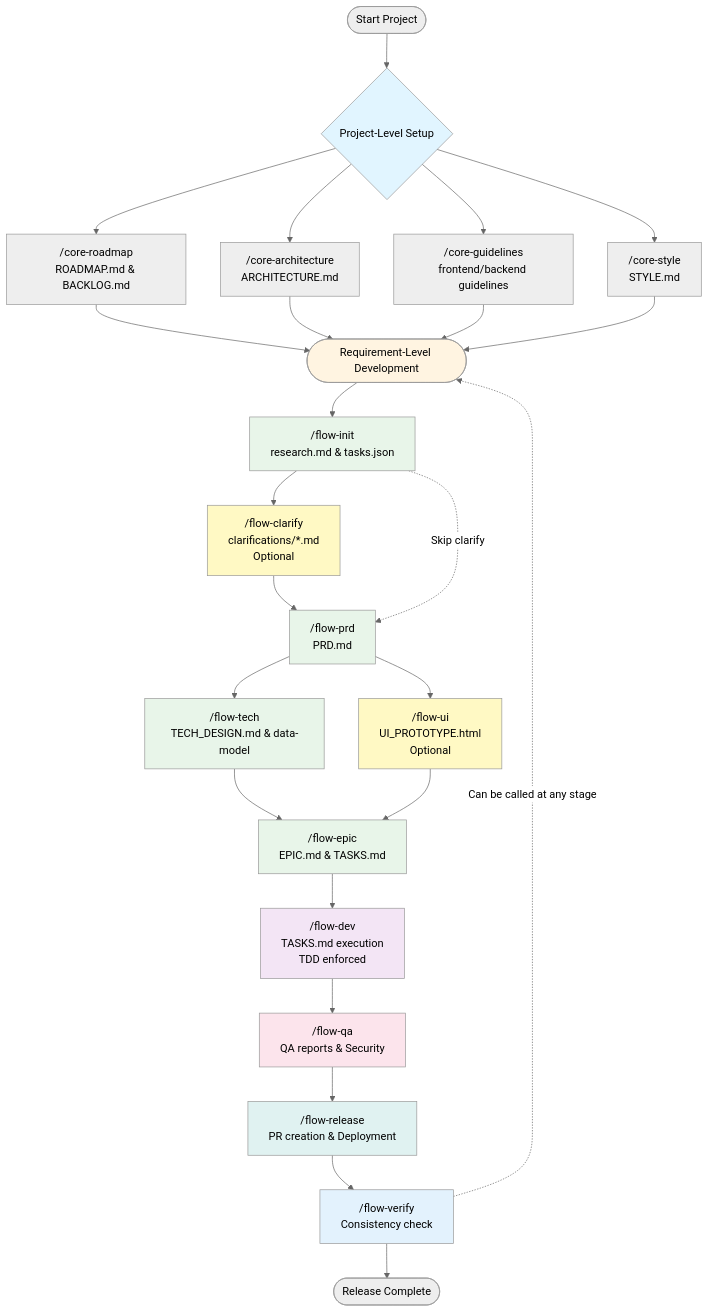
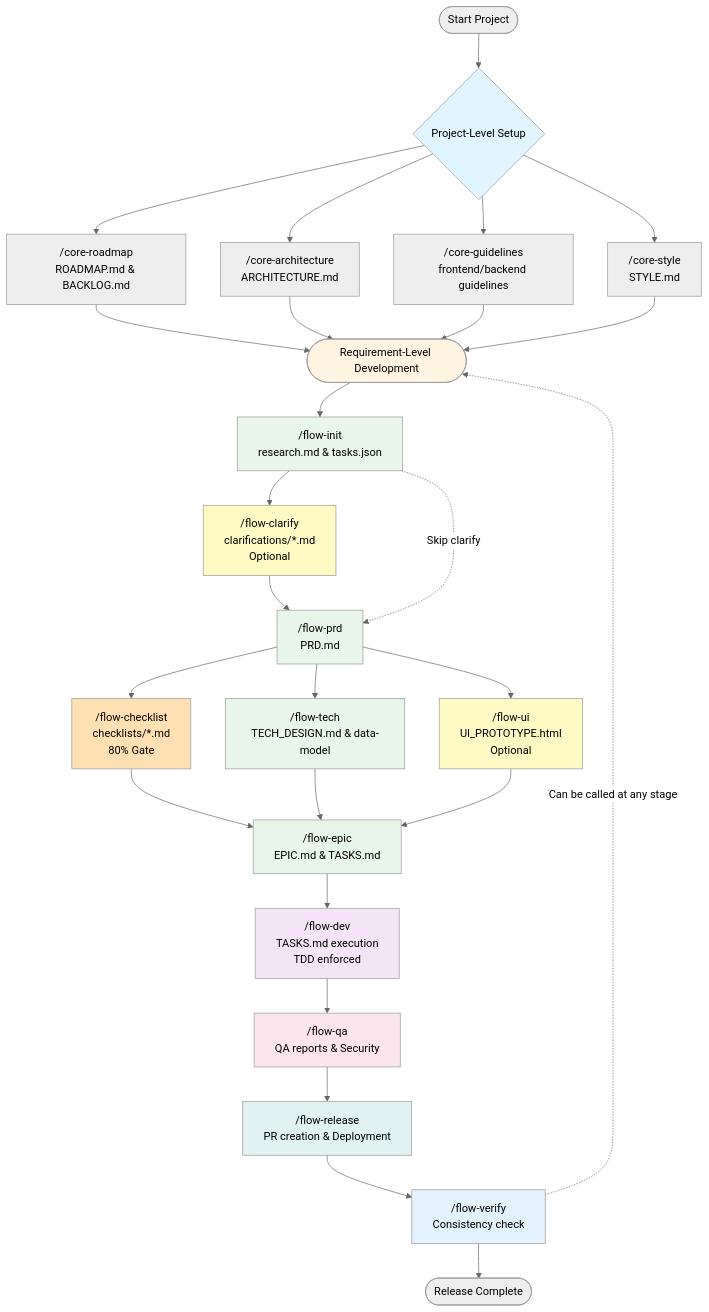
One commit to Dimon94/cc-devflow changed the diagram in README.md. Above: the diagram before and after it, drawn with Mermaid (neutral theme). The commit also changed other lines of this file and 3 other files, not shown here.

First line of the commit message:
docs: update documentation for /flow-checklist (RM-002)

````diff
--- a/README.md
+++ b/README.md
@@ -231,50 +233,53 @@
 ```mermaid
 graph TB
     Start([Start Project]) --> ProjectLevel{Project-Level Setup}
     
     ProjectLevel --> CoreRoadmap["/core-roadmap<br/>ROADMAP.md & BACKLOG.md"]
     ProjectLevel --> CoreArch["/core-architecture<br/>ARCHITECTURE.md"]
     ProjectLevel --> CoreGuidelines["/core-guidelines<br/>frontend/backend guidelines"]
     ProjectLevel --> CoreStyle["/core-style<br/>STYLE.md"]
     
     CoreRoadmap --> ReqLevel
     CoreArch --> ReqLevel
     CoreGuidelines --> ReqLevel
     CoreStyle --> ReqLevel
     
     ReqLevel([Requirement-Level Development]) --> FlowInit["/flow-init<br/>research.md & tasks.json"]
     
     FlowInit --> FlowClarify["/flow-clarify<br/>clarifications/*.md<br/>Optional"]
     FlowClarify --> FlowPRD["/flow-prd<br/>PRD.md"]
     FlowInit -.->|Skip clarify| FlowPRD
+    FlowPRD --> FlowChecklist["/flow-checklist<br/>checklists/*.md<br/>80% Gate"]
     FlowPRD --> FlowTech["/flow-tech<br/>TECH_DESIGN.md & data-model"]
     FlowPRD --> FlowUI["/flow-ui<br/>UI_PROTOTYPE.html<br/>Optional"]
-    
+
+    FlowChecklist --> FlowEpic
     FlowTech --> FlowEpic["/flow-epic<br/>EPIC.md & TASKS.md"]
     FlowUI --> FlowEpic
     
     FlowEpic --> FlowDev["/flow-dev<br/>TASKS.md execution<br/>TDD enforced"]
     
     FlowDev --> FlowQA["/flow-qa<br/>QA reports & Security"]
     
     FlowQA --> FlowRelease["/flow-release<br/>PR creation & Deployment"]
     
     FlowRelease --> FlowVerify["/flow-verify<br/>Consistency check"]
     
     FlowVerify --> End([Release Complete])
     
     FlowVerify -.->|Can be called at any stage| ReqLevel
     
     style ProjectLevel fill:#e1f5ff
     style ReqLevel fill:#fff4e1
     style FlowInit fill:#e8f5e9
     style FlowClarify fill:#fff9c4
     style FlowPRD fill:#e8f5e9
+    style FlowChecklist fill:#ffe0b2
     style FlowTech fill:#e8f5e9
     style FlowUI fill:#fff9c4
     style FlowEpic fill:#e8f5e9
     style FlowDev fill:#f3e5f5
     style FlowQA fill:#fce4ec
     style FlowRelease fill:#e0f2f1
     style FlowVerify fill:#e3f2fd
 ```
````
